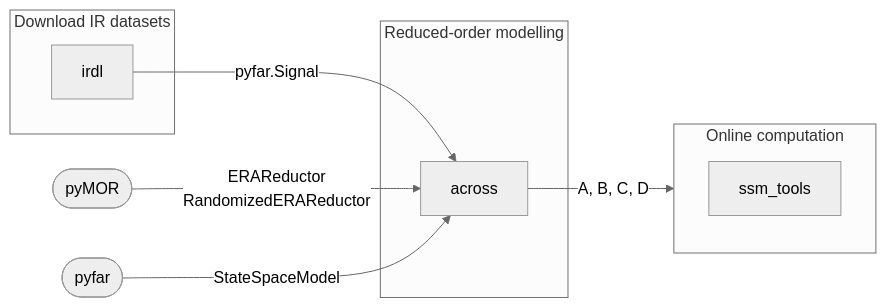
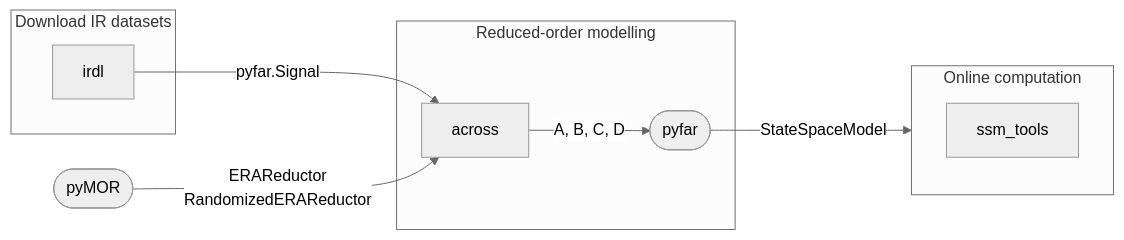
One commit to artpelling/ssm-tools changed the diagram in README.md. Above: the diagram before and after it, drawn with Mermaid (neutral theme).

````diff
--- a/README.md
+++ b/README.md
@@ -5,29 +5,29 @@
 ```mermaid
 graph LR
     subgraph s1["Download IR datasets"]
         irdl["irdl"]
     end
 
     pymor([pyMOR])
-    pyfar([pyfar])
 
     subgraph s2["Reduced-order modelling"]
         across["across"]
+        pyfar([pyfar])
     end
 
     subgraph s3["Online computation"]
         direction TB
         ssm["ssm_tools"]
     end
 
     irdl -->|pyfar.Signal| across
     pymor -->|ERAReductor\nRandomizedERAReductor| across
-    pyfar -->|StateSpaceModel| across
-    across -->|A, B, C, D| ssm
+    across -->|A, B, C, D| pyfar
+    pyfar -->|StateSpaceModel| ssm
 
     click irdl "https://github.com/artpelling/irdl"
     click across "packages/across/README.md"
     click ssm "pyproject.toml"
     click pyfar "https://pyfar.org"
     click pymor "https://pymor.org"
 ```
````
